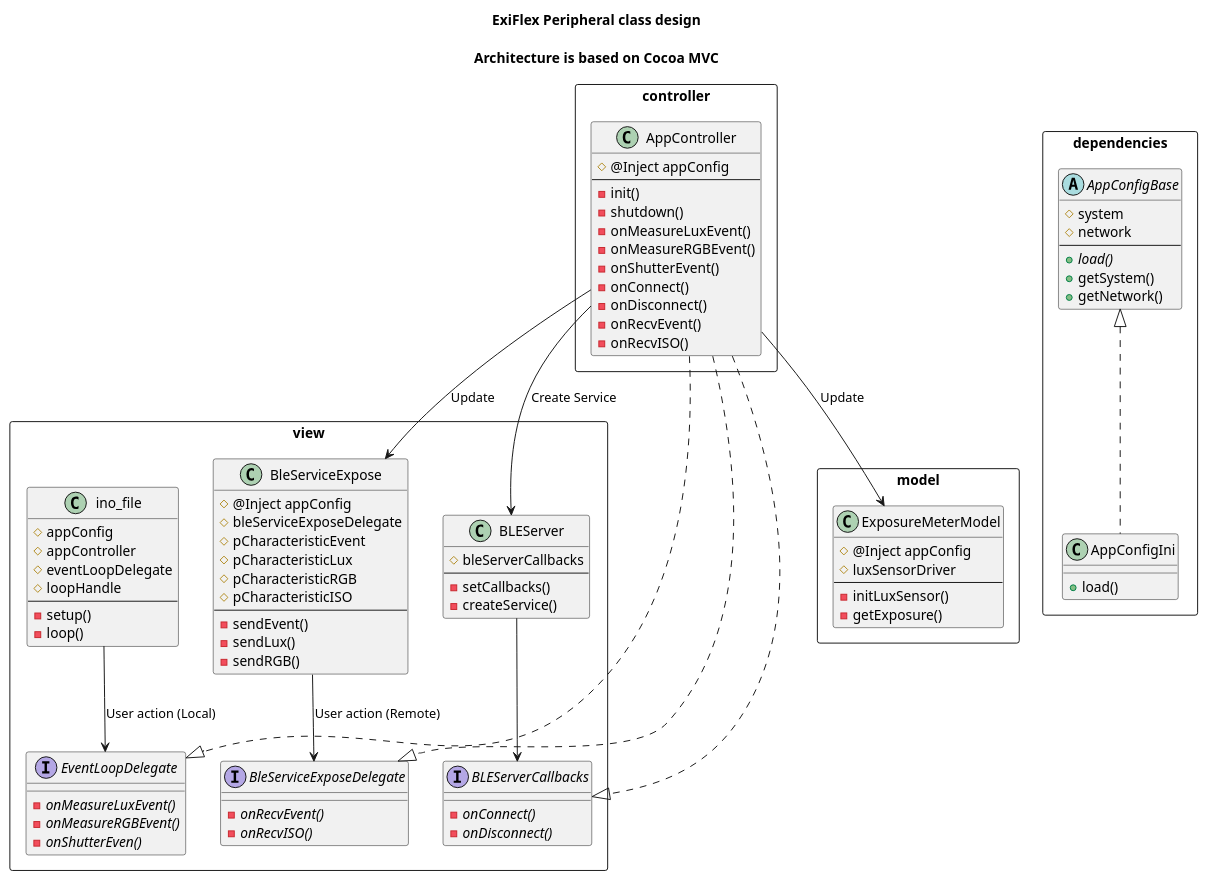
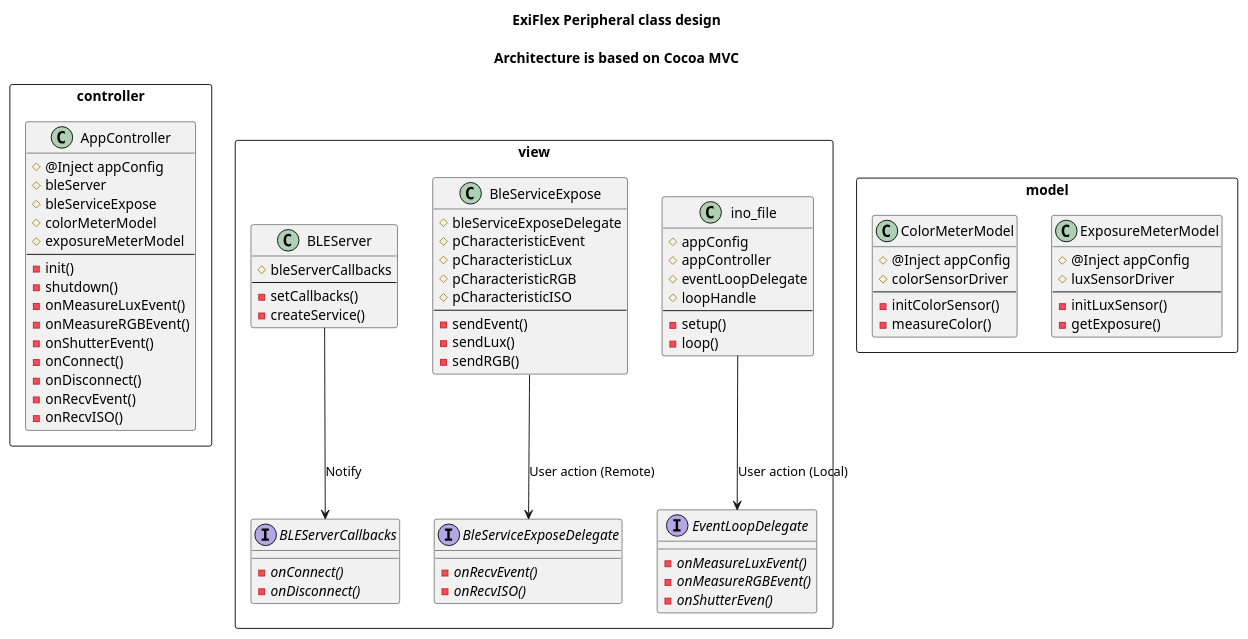
One commit to 2525mura/ExiFlex changed the diagram in Docs/EspCocoaMVC.puml. Above: the diagram before and after it, drawn with PlantUML. The commit also changed 1 other file, not shown here.

Commit message:
Modify CocoaMVC Class diagram for C102-Book

```diff
--- a/Docs/EspCocoaMVC.puml
+++ b/Docs/EspCocoaMVC.puml
@@ -1,110 +1,104 @@
 @startuml
 
 title ExiFlex Peripheral class design\n\nArchitecture is based on Cocoa MVC
 
 package controller <<Rectangle>> {
   class AppController {
     # @Inject appConfig
+    # bleServer
+    # bleServiceExpose
+    # colorMeterModel
+    # exposureMeterModel
     --
     - init()
     - shutdown()
     - onMeasureLuxEvent()
     - onMeasureRGBEvent()
     - onShutterEvent()
     - onConnect()
     - onDisconnect()
     - onRecvEvent()
     - onRecvISO()
   }
 }
 
 package view <<Rectangle>> {
   class ino_file {
     # appConfig
     # appController
     # eventLoopDelegate
     # loopHandle
     --
     - setup()
     - loop()
   }
   Interface EventLoopDelegate {
     - {abstract} onMeasureLuxEvent()
     - {abstract} onMeasureRGBEvent()
     - {abstract} onShutterEven()
   }
 
   class BleServiceExpose {
-    # @Inject appConfig
     # bleServiceExposeDelegate
     # pCharacteristicEvent
     # pCharacteristicLux
     # pCharacteristicRGB
     # pCharacteristicISO
     --
     - sendEvent()
     - sendLux()
     - sendRGB()
   }
   Interface BleServiceExposeDelegate {
     - {abstract} onRecvEvent()
     - {abstract} onRecvISO()
   }
 
   class BLEServer {
     # bleServerCallbacks
     --
     - setCallbacks()
     - createService()
   }
   Interface BLEServerCallbacks {
     - {abstract} onConnect()
     - {abstract} onDisconnect()
   }
 
 }
 
 package model <<Rectangle>> {
   class ExposureMeterModel {
     # @Inject appConfig
     # luxSensorDriver
     --
     - initLuxSensor()
     - getExposure()
   }
-}
 
-package dependencies <<Rectangle>> {
-  abstract AppConfigBase {
-    # system
-    # network
+  class ColorMeterModel {
+    # @Inject appConfig
+    # colorSensorDriver
     --
-    + {abstract} load()
-    + getSystem()
-    + getNetwork()
+    - initColorSensor()
+    - measureColor()
   }
-  class AppConfigIni {
-    + load()
-  }
-
 }
 
 ' controller to model relation
-AppController --> ExposureMeterModel: Update
+'AppController --> ExposureMeterModel: Update
+'AppController --> ColorMeterModel: Update
 
 ' controller to view relation
 ino_file --> EventLoopDelegate: User action (Local)
-AppController ..|> EventLoopDelegate
+'AppController ..|> EventLoopDelegate
 
-AppController --> BLEServer: Create Service
-BLEServer --> BLEServerCallbacks
-AppController ..|> BLEServerCallbacks
+'AppController --> BLEServer: Create Service
+BLEServer --> BLEServerCallbacks: Notify
+'AppController ..|> BLEServerCallbacks
 
-AppController --> BleServiceExpose: Update
+'AppController --> BleServiceExpose: Update
 BleServiceExpose --> BleServiceExposeDelegate: User action (Remote)
-AppController ..|> BleServiceExposeDelegate
-
-' dependency inner relation
-AppConfigBase <|.. AppConfigIni
+'AppController ..|> BleServiceExposeDelegate
 
 @enduml
```
